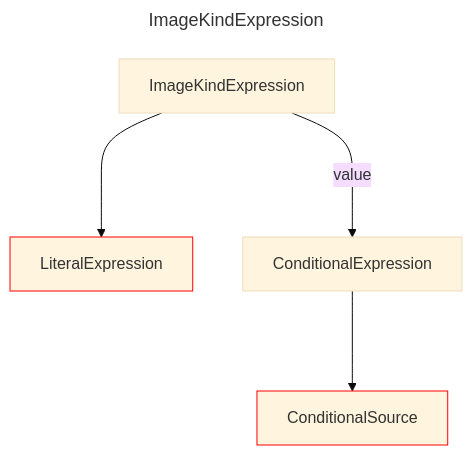
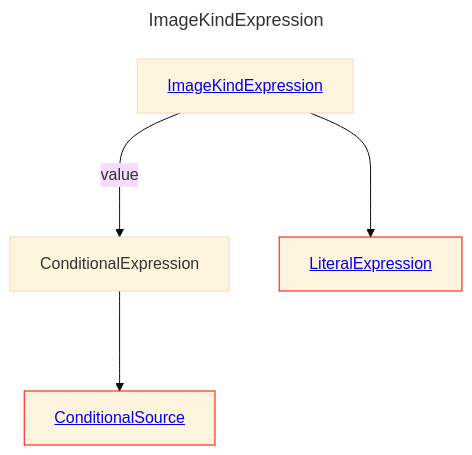
The diagram in docs/docs/layout/erd/ImageKindExpression.md (douglassimonsen/pbi_core), drawn with Mermaid (base theme) before and after one commit. The commit also changed 76 other files, not shown here.

````diff
--- a/docs/docs/layout/erd/ImageKindExpression.md
+++ b/docs/docs/layout/erd/ImageKindExpression.md
@@ -1,15 +1,15 @@
 ```mermaid
 ---
 title: ImageKindExpression
 ---
 graph 
-2430071903648["ConditionalSource"]
-style 2430071903648 stroke:#ff0000,stroke-width:1px
-2430071926096["ImageKindExpression"]
-2430071887056["LiteralExpression"]
-style 2430071887056 stroke:#ff0000,stroke-width:1px
-2430071908528["ConditionalExpression"]
-2430071926096 --->|value| 2430071908528
-2430071926096 ---> 2430071887056
-2430071908528 ---> 2430071903648
+ConditionalExpression[ConditionalExpression]
+ConditionalSource[<a href='/layout/erd/ConditionalSource'>ConditionalSource</a>]
+style ConditionalSource stroke:#ff0000,stroke-width:1px
+ImageKindExpression[<a href='/layout/erd/ImageKindExpression'>ImageKindExpression</a>]
+LiteralExpression[<a href='/layout/erd/LiteralExpression'>LiteralExpression</a>]
+style LiteralExpression stroke:#ff0000,stroke-width:1px
+ImageKindExpression ---> LiteralExpression
+ConditionalExpression ---> ConditionalSource
+ImageKindExpression --->|value| ConditionalExpression
 ```
````
